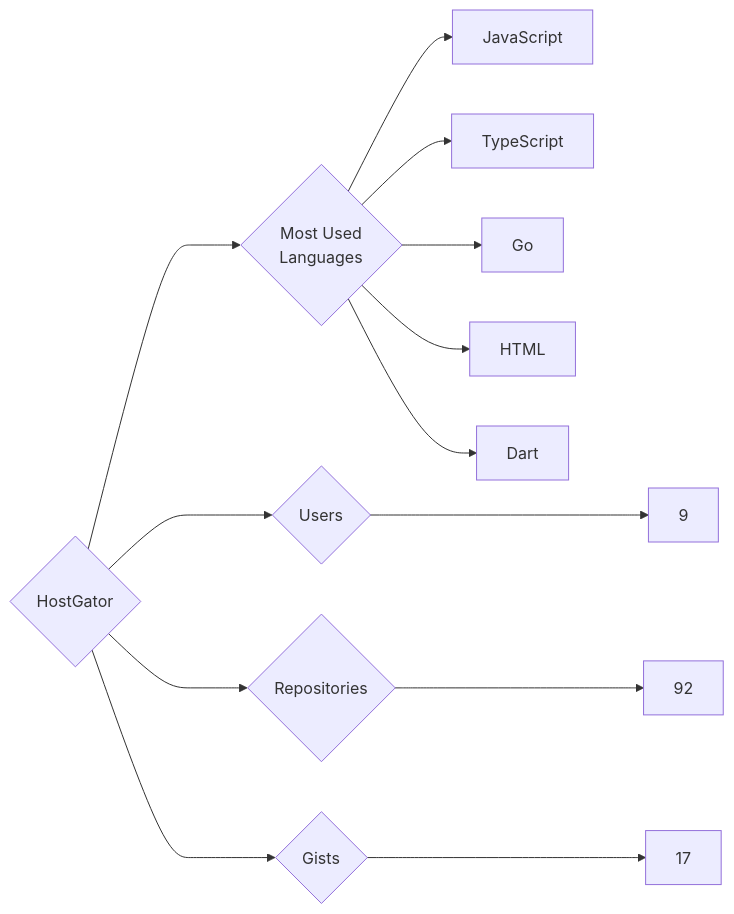
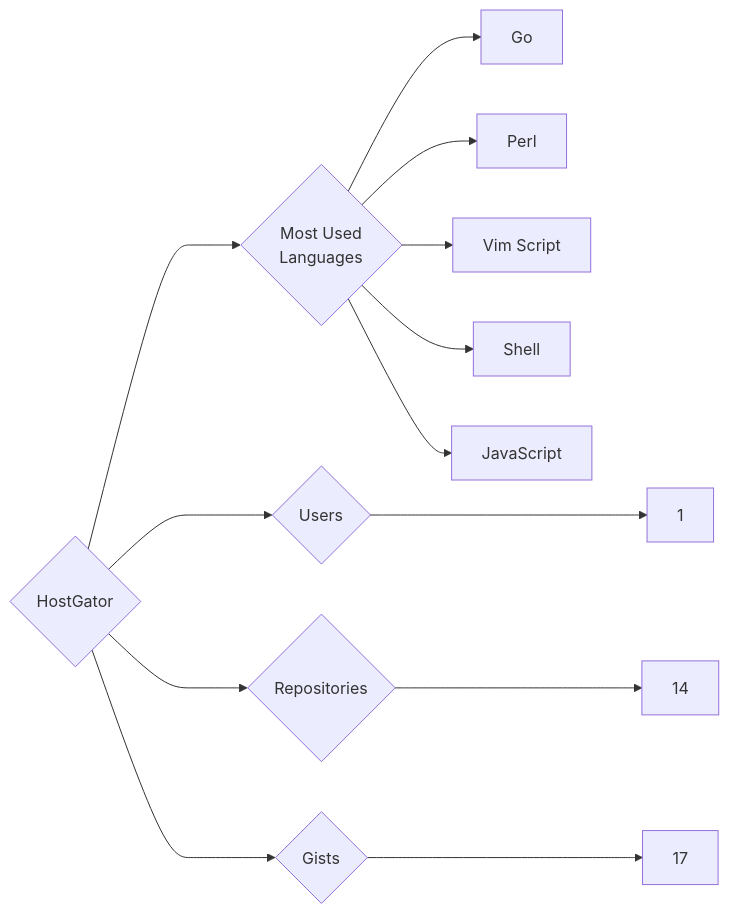
Before and after one commit to trickest/insiders: the diagram in targets/HostGator/README.md, drawn with Mermaid. The commit also changed 837 other files, not shown here.

````diff
--- a/targets/HostGator/README.md
+++ b/targets/HostGator/README.md
@@ -3,13 +3,13 @@
 ```mermaid
 graph LR
 COMPANY_NAME{HostGator}
-COMPANY_NAME ---> U{Users} ---> UN[9]
-COMPANY_NAME ---> R{Repositories} ---> RN[92]
+COMPANY_NAME ---> U{Users} ---> UN[1]
+COMPANY_NAME ---> R{Repositories} ---> RN[14]
 COMPANY_NAME ---> G{Gists} ---> GN[17]
 COMPANY_NAME ---> ML{Most Used<br>Languages}
+ML --> Go[Go]
+ML --> Perl[Perl]
+ML --> Vim_Script[Vim Script]
+ML --> Shell[Shell]
 ML --> JavaScript[JavaScript]
-ML --> TypeScript[TypeScript]
-ML --> Go[Go]
-ML --> HTML[HTML]
-ML --> Dart[Dart]
 ```
````
